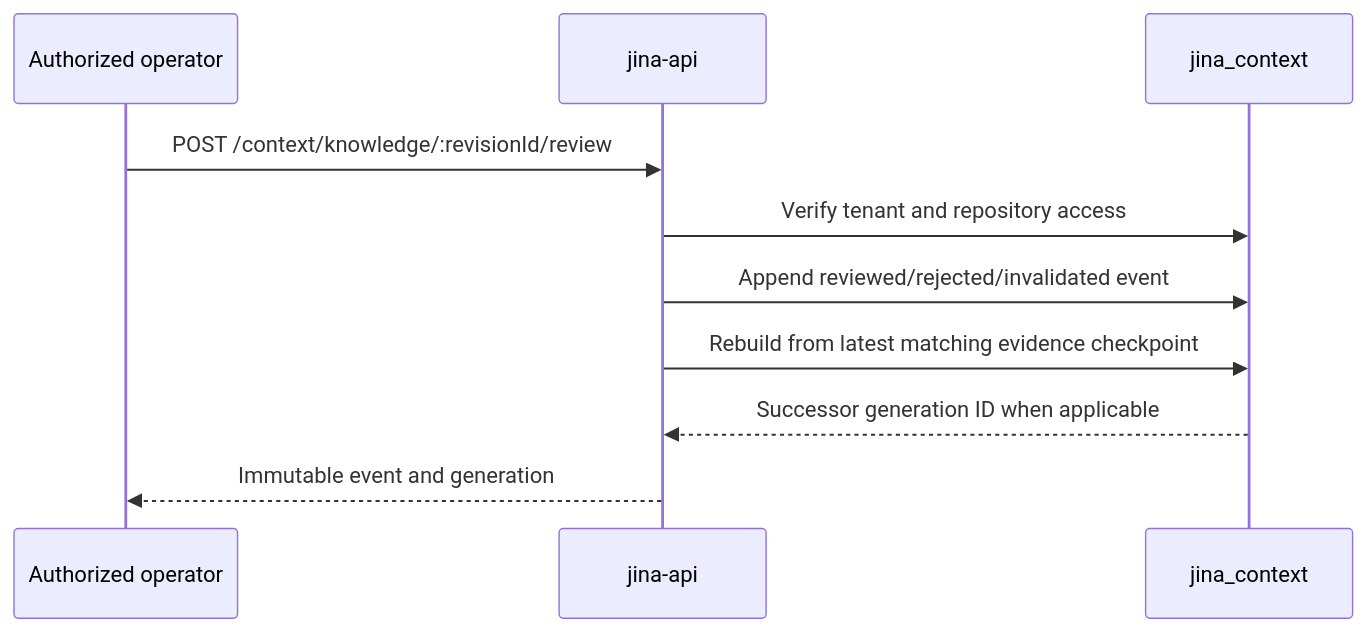
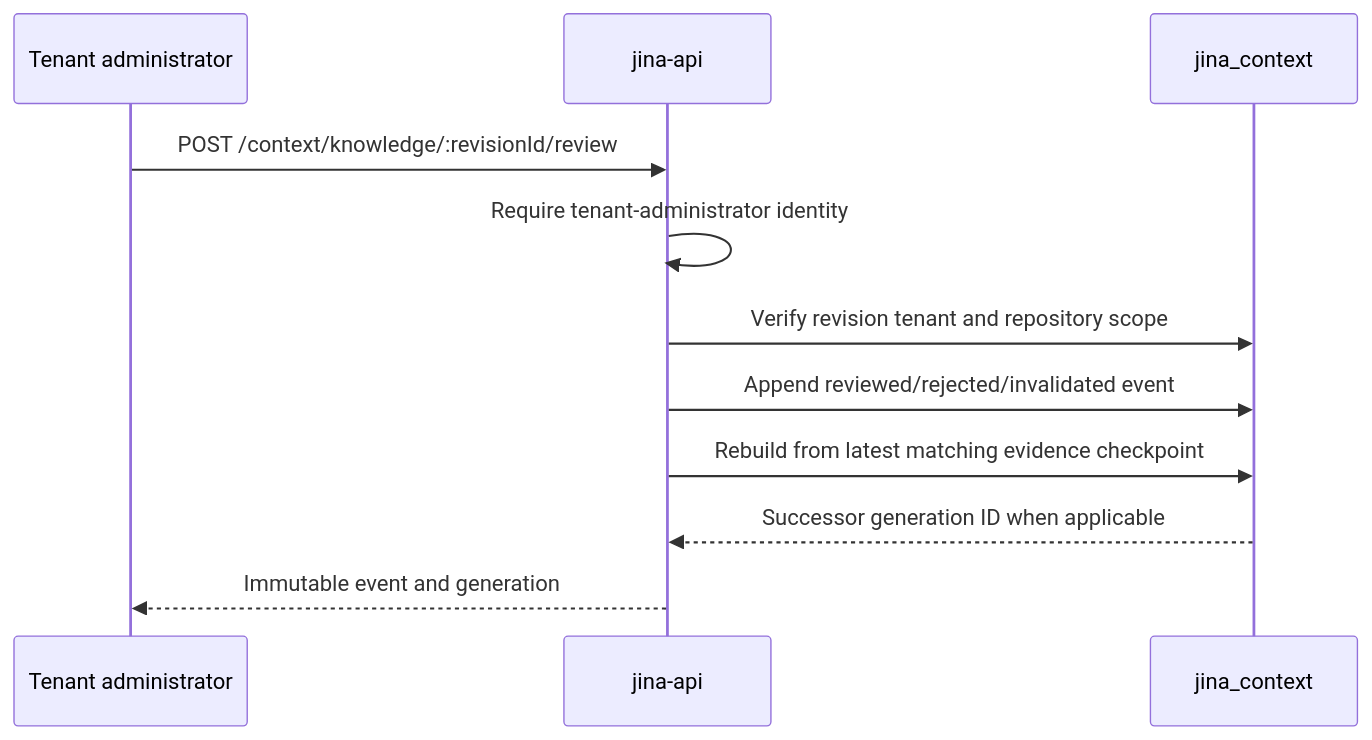
Before and after one commit to keon/jina-context-wiki-e2e-20260808: the seventh of 9 diagrams in docs/SEQUENCE_DIAGRAM.md, drawn with Mermaid. The commit also changed other lines of this file and 47 other files, not shown here.

````diff
--- a/docs/SEQUENCE_DIAGRAM.md
+++ b/docs/SEQUENCE_DIAGRAM.md
@@ -162,13 +174,14 @@
 ```mermaid
 sequenceDiagram
-    participant O as Authorized operator
+    participant O as Tenant administrator
     participant API as jina-api
     participant DB as jina_context
 
     O->>API: POST /context/knowledge/:revisionId/review
-    API->>DB: Verify tenant and repository access
+    API->>API: Require tenant-administrator identity
+    API->>DB: Verify revision tenant and repository scope
     API->>DB: Append reviewed/rejected/invalidated event
     API->>DB: Rebuild from latest matching evidence checkpoint
     DB-->>API: Successor generation ID when applicable
     API-->>O: Immutable event and generation
 ```
````
